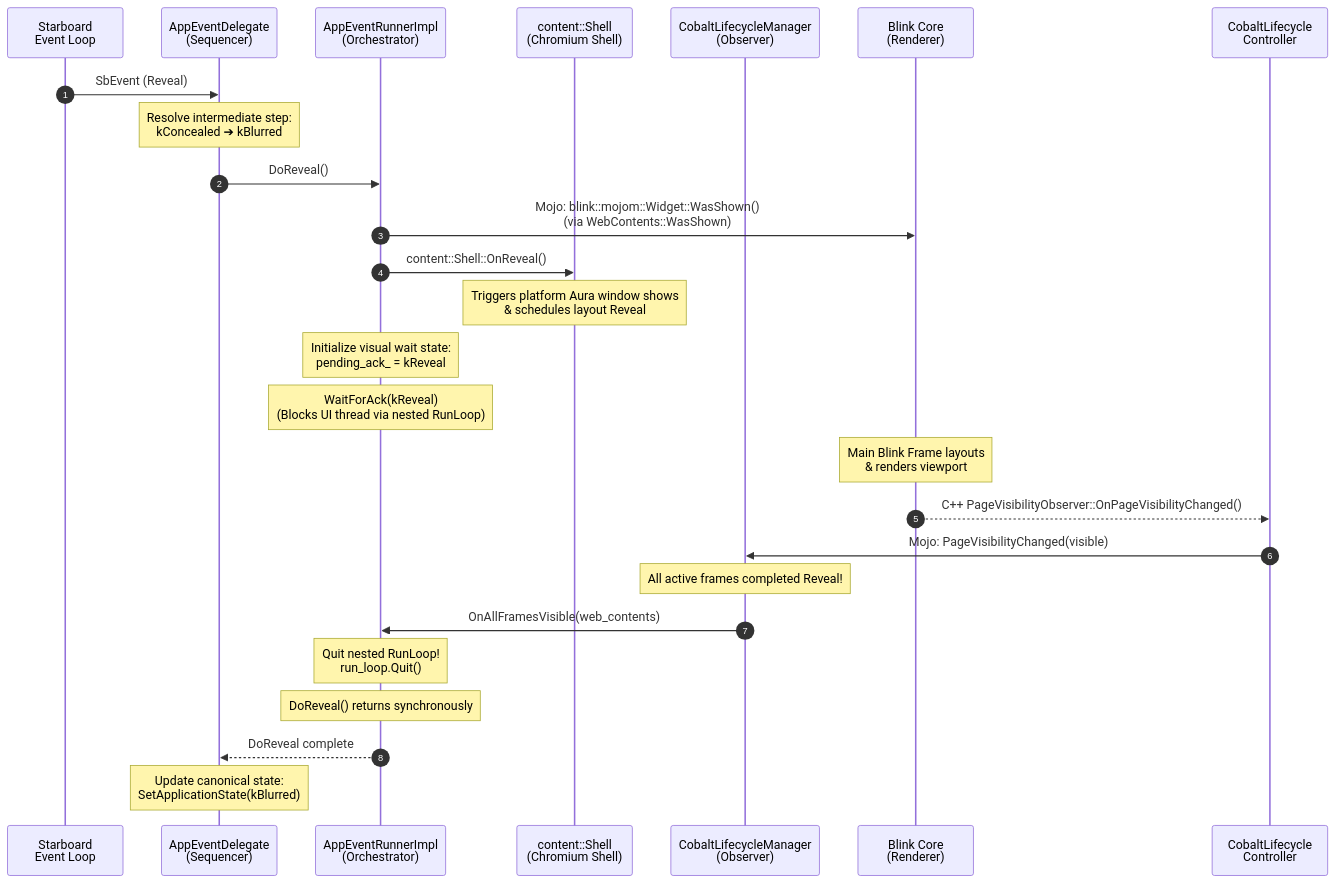
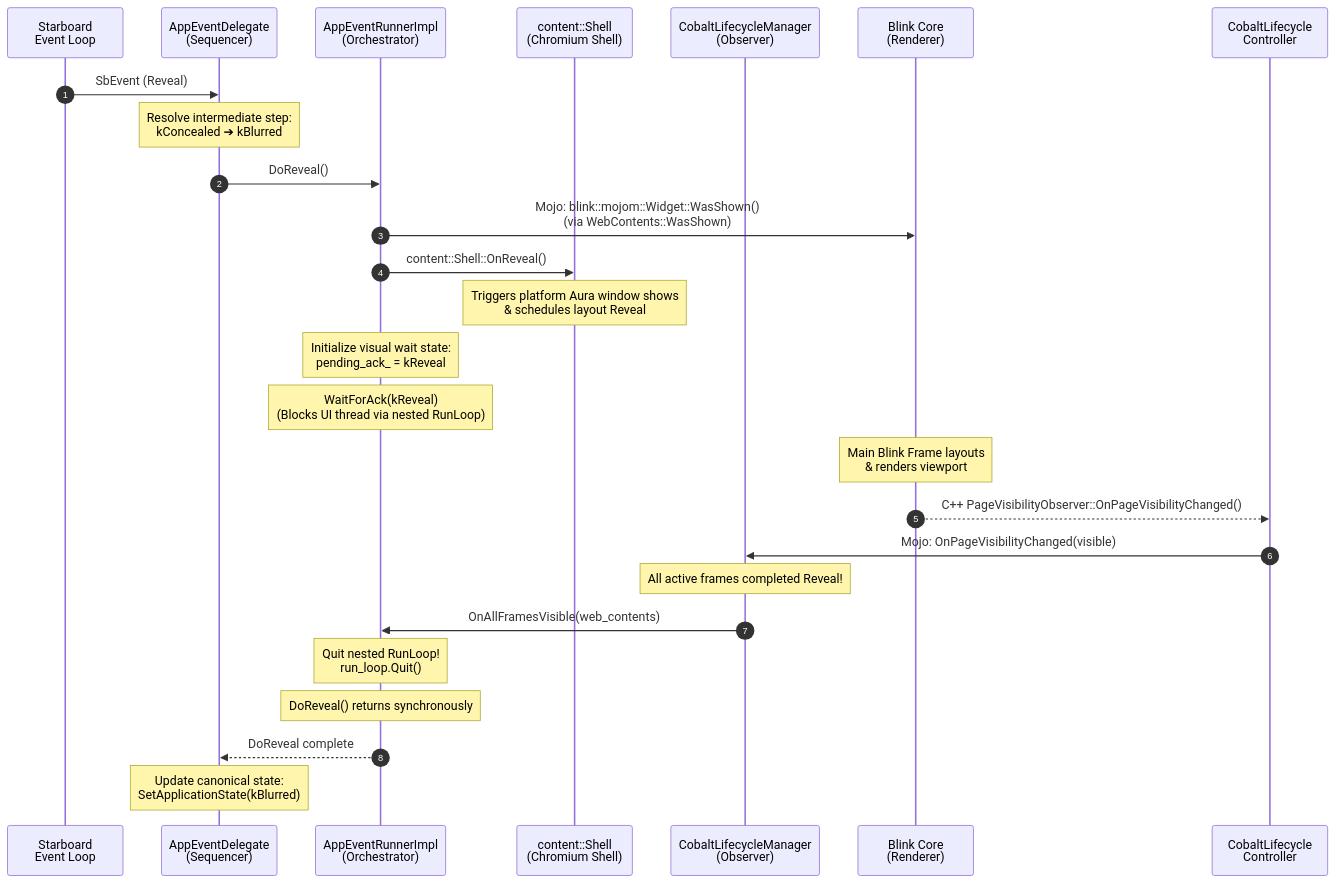
The sixth of 14 diagrams in cobalt/doc/lifecycle_internals.md (youtube/cobalt), drawn with Mermaid before and after one commit. The commit also changed other lines of this file and 18 other files, not shown here.

````diff
--- a/cobalt/doc/lifecycle_internals.md
+++ b/cobalt/doc/lifecycle_internals.md
@@ -264,30 +264,30 @@
 ```mermaid
 sequenceDiagram
   autonumber
   participant OS as Starboard <br/> Event Loop
   participant Delegate as AppEventDelegate <br/> (Sequencer)
   participant Runner as AppEventRunnerImpl <br/> (Orchestrator)
   participant Shell as content::Shell <br/> (Chromium Shell)
   participant Manager as CobaltLifecycleManager <br/> (Observer)
   participant Blink as Blink Core <br/> (Renderer)
   participant Controller as CobaltLifecycle <br/> Controller
 
   OS->>Delegate: SbEvent (Reveal)
   Note over Delegate: Resolve intermediate step:<br/>kConcealed ➔ kBlurred
   Delegate->>Runner: DoReveal()
   Runner->>Blink: Mojo: blink::mojom::Widget::WasShown() <br/> (via WebContents::WasShown)
   Runner->>Shell: content::Shell::OnReveal()
   Note over Shell: Triggers platform Aura window shows<br/>& schedules layout Reveal
   Note over Runner: Initialize visual wait state:<br/>pending_ack_ = kReveal
   Note over Runner: WaitForAck(kReveal)<br/>(Blocks UI thread via nested RunLoop)
 
   Note over Blink: Main Blink Frame layouts<br/>& renders viewport
   Blink-->>Controller: C++ PageVisibilityObserver::OnPageVisibilityChanged()
-  Controller->>Manager: Mojo: PageVisibilityChanged(visible)
+  Controller->>Manager: Mojo: OnPageVisibilityChanged(visible)
   Note over Manager: All active frames completed Reveal!
   Manager->>Runner: OnAllFramesVisible(web_contents)
   Note over Runner: Quit nested RunLoop!<br/>run_loop.Quit()
   Note over Runner: DoReveal() returns synchronously
   Runner-->>Delegate: DoReveal complete
   Note over Delegate: Update canonical state:<br/>SetApplicationState(kBlurred)
 ```
````
